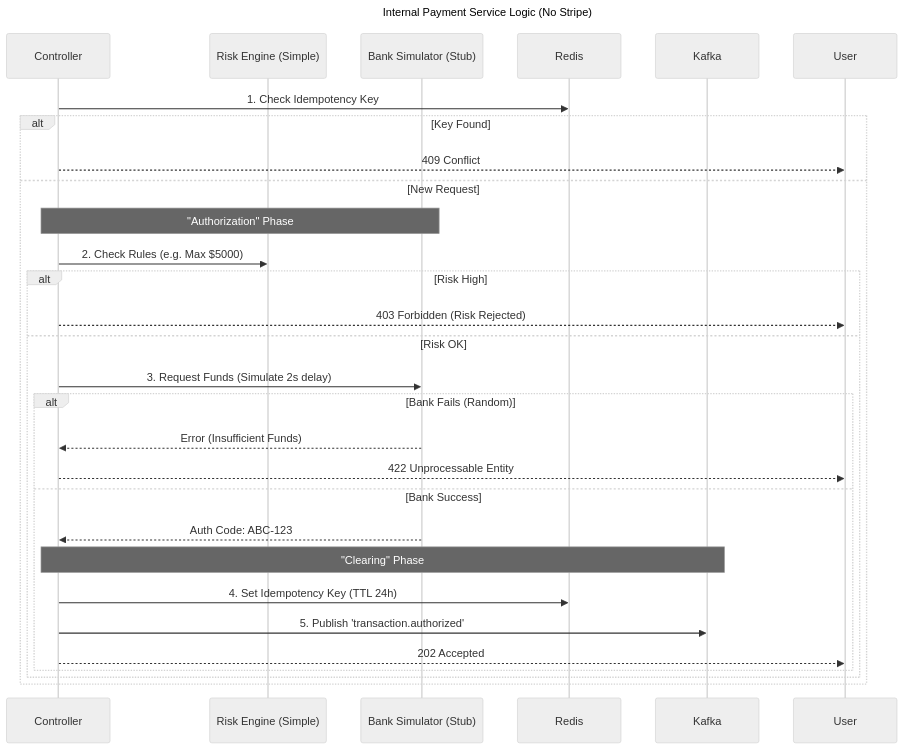
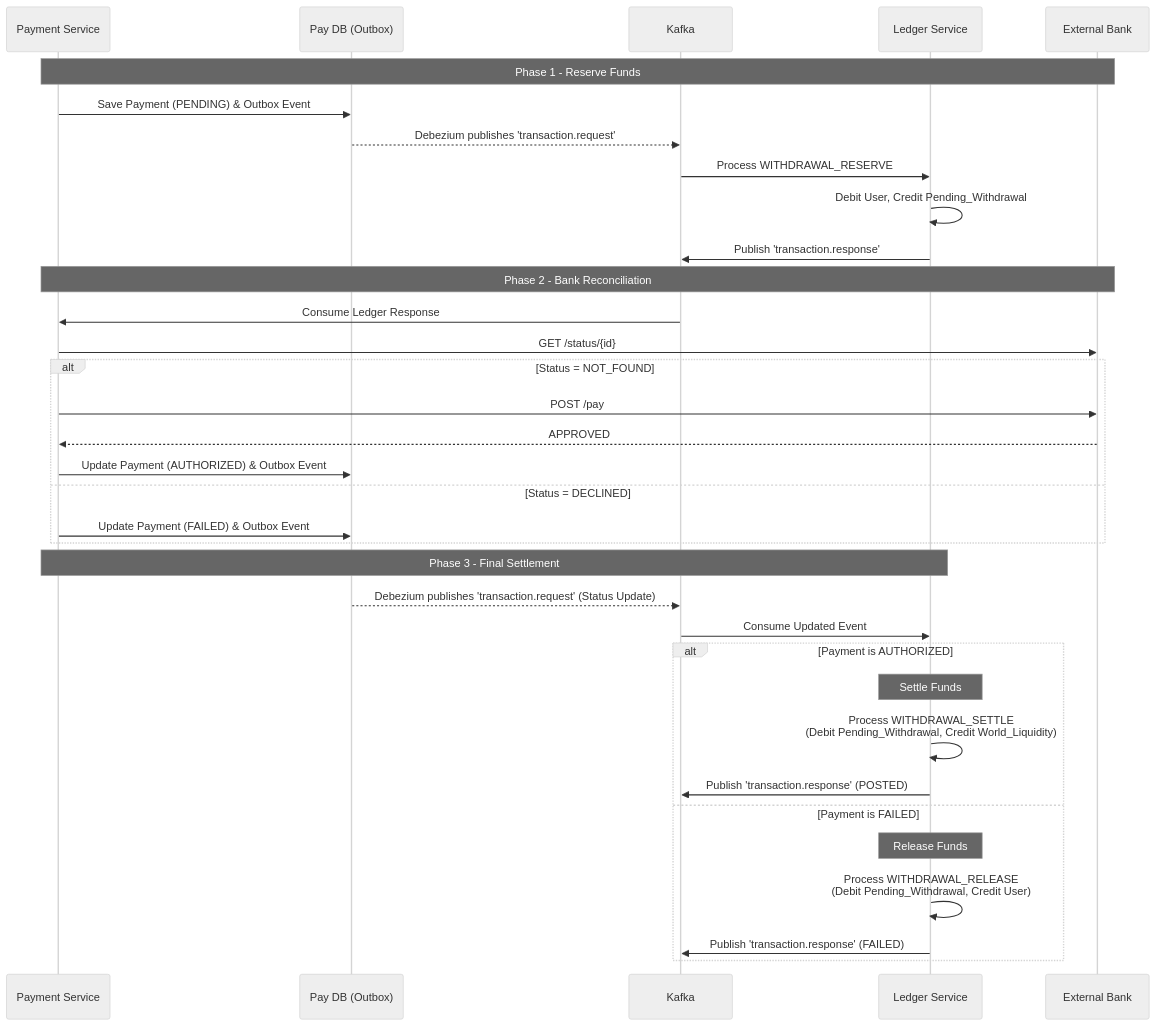
The second of 2 diagrams in README.md (rixon15/Distributed-Payment-Ledger-System), drawn with Mermaid (neutral theme) before and after one commit. The commit also changed other lines of this file, not shown here.

````diff
--- a/README.md
+++ b/README.md
@@ -187,36 +116,39 @@
-```mermaid 
-    sequenceDiagram
-    title Internal Payment Service Logic (No Stripe)
-    participant API as Controller
-    participant Risk as Risk Engine (Simple)
-    participant Bank as Bank Simulator (Stub)
-    participant Redis
+```mermaid
+sequenceDiagram
+    participant Pay as Payment Service
+    participant DB_P as Pay DB (Outbox)
     participant Kafka
+    participant Ledger as Ledger Service
+    participant Bank as External Bank
+    Note over Pay, Bank: Phase 1 - Reserve Funds
+    Pay ->> DB_P: Save Payment (PENDING) & Outbox Event
+    DB_P -->> Kafka: Debezium publishes 'transaction.request'
+    Kafka ->> Ledger: Process WITHDRAWAL_RESERVE
+    Ledger ->> Ledger: Debit User, Credit Pending_Withdrawal
+    Ledger ->> Kafka: Publish 'transaction.response'
+    Note over Pay, Bank: Phase 2 - Bank Reconciliation
+    Kafka ->> Pay: Consume Ledger Response
+    Pay ->> Bank: GET /status/{id}
 
-    API->>Redis: 1. Check Idempotency Key
-    alt Key Found
-        API-->>User: 409 Conflict
-    else New Request
-        
-        Note over API, Bank: "Authorization" Phase
-        API->>Risk: 2. Check Rules (e.g. Max $5000)
-        
-        alt Risk High
-            API-->>User: 403 Forbidden (Risk Rejected)
-        else Risk OK
-            API->>Bank: 3. Request Funds (Simulate 2s delay)
-            
-            alt Bank Fails (Random)
-                Bank-->>API: Error (Insufficient Funds)
-                API-->>User: 422 Unprocessable Entity
-            else Bank Success
-                Bank-->>API: Auth Code: ABC-123
-                
-                Note over API, Kafka: "Clearing" Phase
-                API->>Redis: 4. Set Idempotency Key (TTL 24h)
-                API->>Kafka: 5. Publish 'transaction.authorized'
-                API-->>User: 202 Accepted
-            end
-        end
+    alt Status = NOT_FOUND
+        Pay ->> Bank: POST /pay
+        Bank -->> Pay: APPROVED
+        Pay ->> DB_P: Update Payment (AUTHORIZED) & Outbox Event
+    else Status = DECLINED
+        Pay ->> DB_P: Update Payment (FAILED) & Outbox Event
+    end
+
+    Note over Pay, Ledger: Phase 3 - Final Settlement
+    DB_P -->> Kafka: Debezium publishes 'transaction.request' (Status Update)
+    Kafka ->> Ledger: Consume Updated Event
+
+    alt Payment is AUTHORIZED
+        Note over Ledger: Settle Funds
+        Ledger ->> Ledger: Process WITHDRAWAL_SETTLE<br/>(Debit Pending_Withdrawal, Credit World_Liquidity)
+        Ledger ->> Kafka: Publish 'transaction.response' (POSTED)
+    else Payment is FAILED
+        Note over Ledger: Release Funds
+        Ledger ->> Ledger: Process WITHDRAWAL_RELEASE<br/>(Debit Pending_Withdrawal, Credit User)
+        Ledger ->> Kafka: Publish 'transaction.response' (FAILED)
     end
 ```
````
